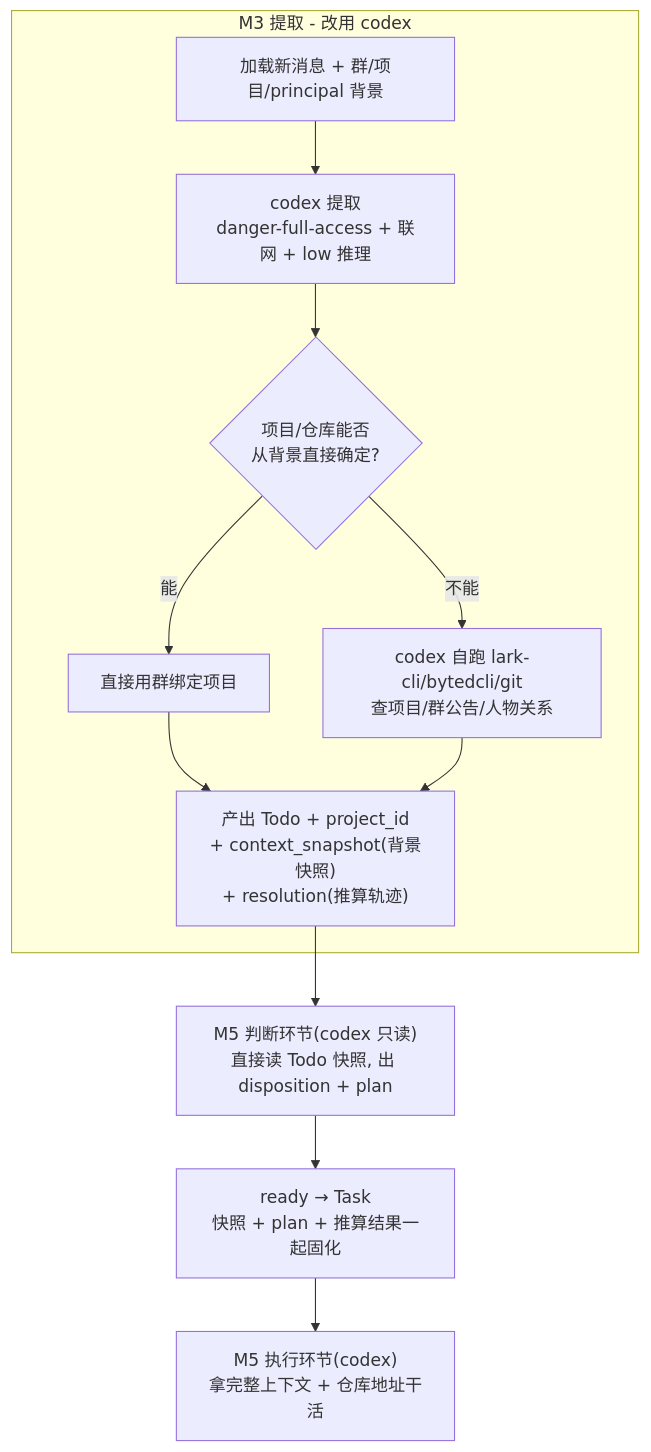
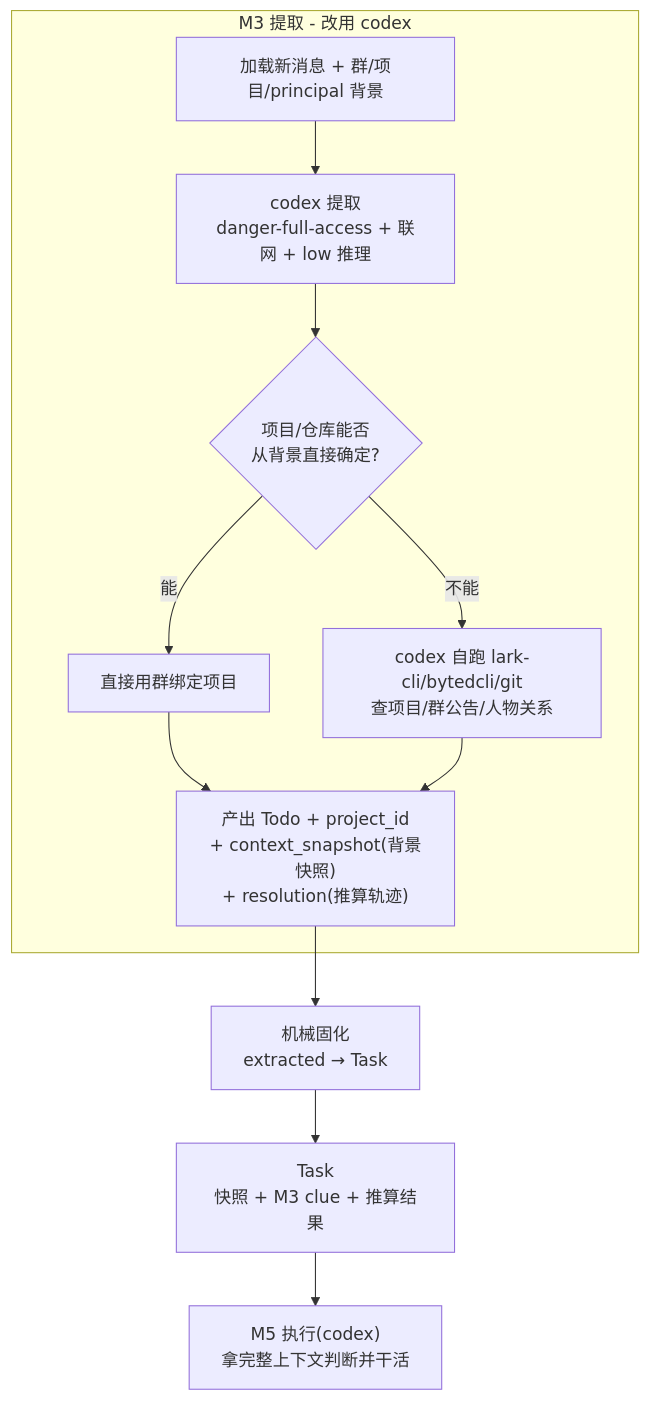
One commit to mjscjj/jarvis changed the second of 2 diagrams in docs/design-context-pipeline.md. Above: the diagram before and after it, drawn with Mermaid. The commit also changed other lines of this file and 98 other files, not shown here.

````diff
--- a/docs/design-context-pipeline.md
+++ b/docs/design-context-pipeline.md
@@ -90,14 +90,14 @@
 ```mermaid
 flowchart TB
     subgraph m3 [M3 提取 - 改用 codex]
         A["加载新消息 + 群/项目/principal 背景"] --> B["codex 提取<br/>danger-full-access + 联网 + low 推理"]
         B --> C{"项目/仓库能否<br/>从背景直接确定?"}
         C -->|能| D["直接用群绑定项目"]
         C -->|不能| E["codex 自跑 lark-cli/bytedcli/git<br/>查项目/群公告/人物关系"]
         D --> F["产出 Todo + project_id<br/>+ context_snapshot(背景快照)<br/>+ resolution(推算轨迹)"]
         E --> F
     end
-    F --> G["M5 判断环节(codex 只读)<br/>直接读 Todo 快照, 出 disposition + plan"]
-    G --> H["ready → Task<br/>快照 + plan + 推算结果一起固化"]
-    H --> I["M5 执行环节(codex)<br/>拿完整上下文 + 仓库地址干活"]
+    F --> G["机械固化<br/>extracted → Task"]
+    G --> H["Task<br/>快照 + M3 clue + 推算结果"]
+    H --> I["M5 执行(codex)<br/>拿完整上下文判断并干活"]
 ```
````
